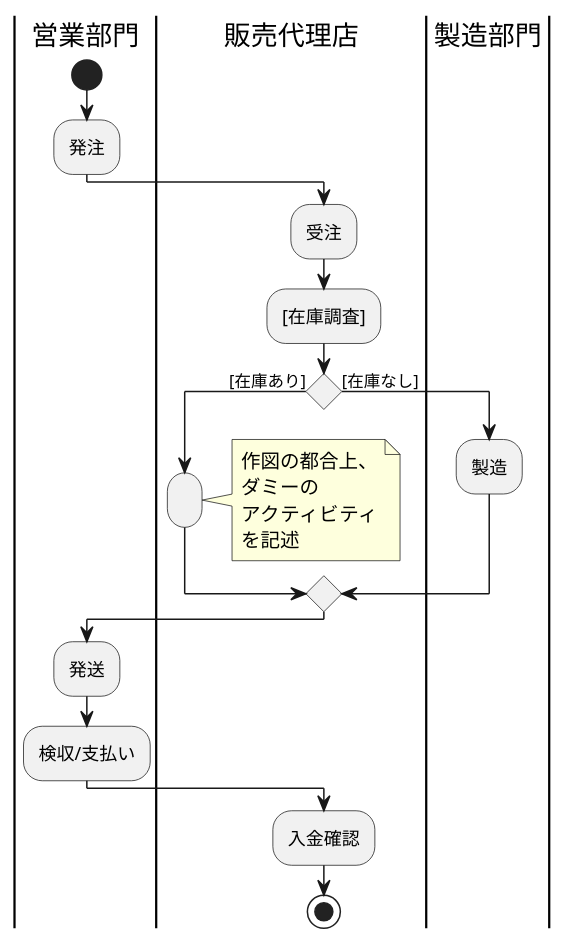
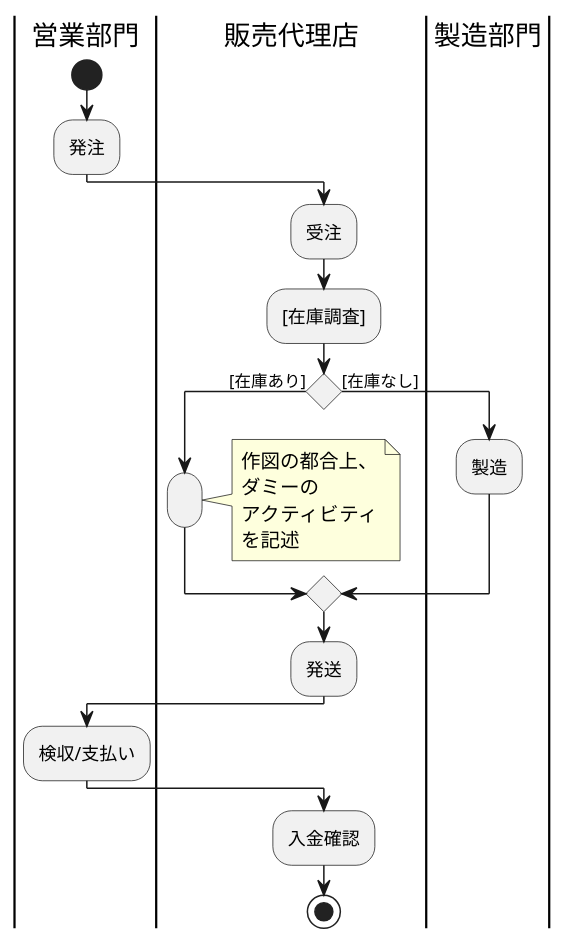
Before and after one commit to mimoza126/uml-introduction: the diagram in 課題/7章/演習7-2_AC_製品を製造するアクティビティ図.pu, drawn with PlantUML.

Commit message:
修正3

```diff
--- a/課題/7章/演習7-2_AC_製品を製造するアクティビティ図.pu
+++ b/課題/7章/演習7-2_AC_製品を製造するアクティビティ図.pu
@@ -1,24 +1,24 @@
 @startuml 演習7-2_AC_製品を製造するアクティビティ図
 |営業部門|
 start
 :発注;
 |販売代理店|
 :受注;
 :[在庫調査];
 if () is ([在庫あり]) then
 :;
 note right : 作図の都合上、\nダミーの\nアクティビティ\nを記述
 else ([在庫なし])
 |製造部門|
 :製造;
 endif
-|営業部門|
+|販売代理店|
 :発送;
 |営業部門|
 :検収/支払い;
 |販売代理店|
 :入金確認;
 
 stop
 
 @enduml
```
